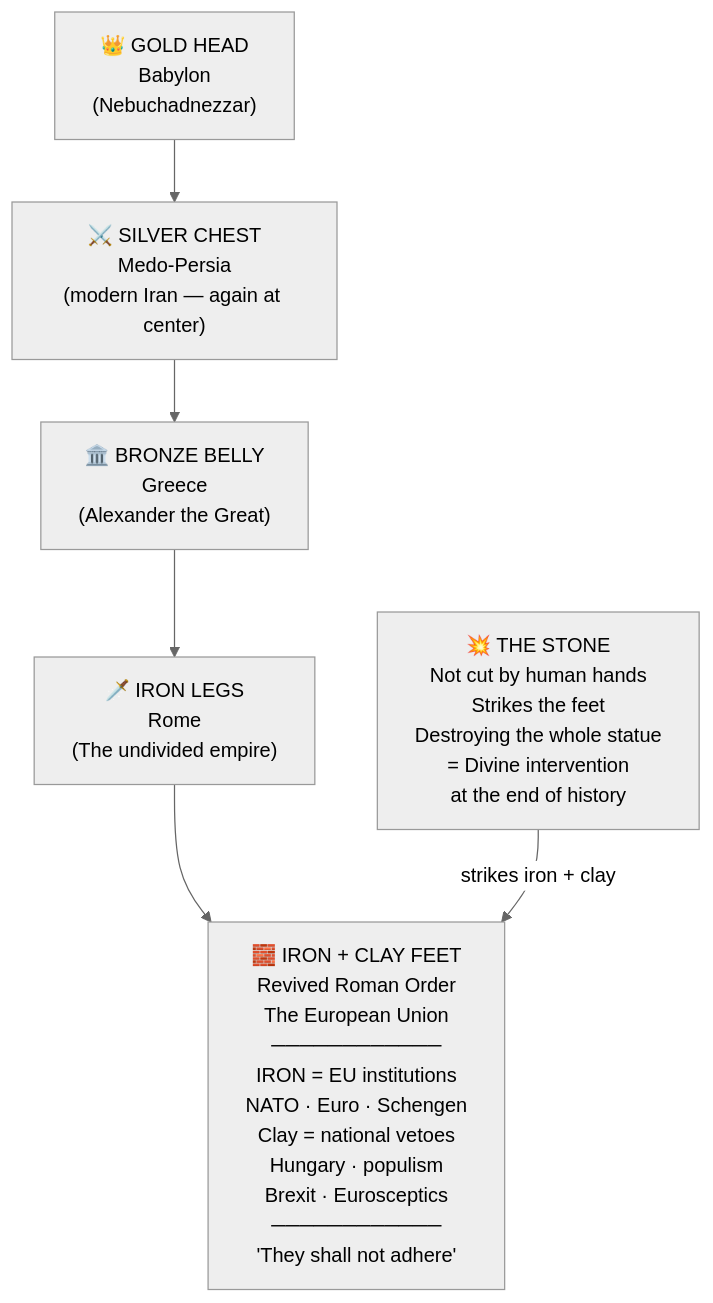
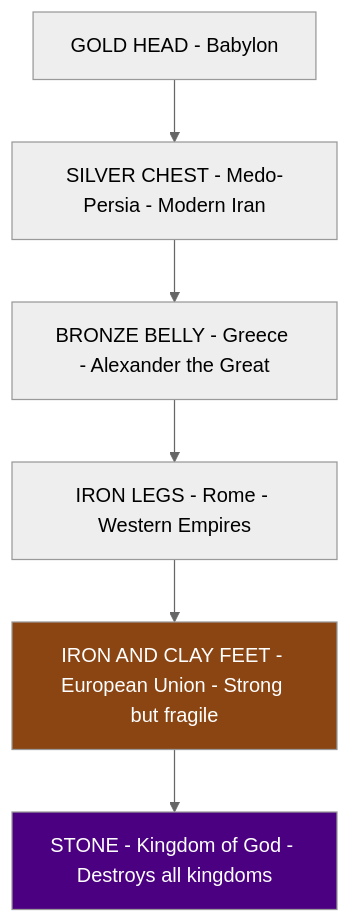
Before and after one commit to 5queezer/war-chronicle: the third of 5 diagrams in content/en/prophecy/index.md, drawn with Mermaid (neutral theme). The commit also changed other lines of this file, not shown here.

Commit message:
fix: all Mermaid diagrams rewritten for v10.9.5 compat (no emojis, no newlines in labels)

```diff
--- a/content/en/prophecy/index.md
+++ b/content/en/prophecy/index.md
@@ -103,12 +79,10 @@
 <div class="mermaid">
 flowchart TD
-    HEAD["👑 GOLD HEAD\nBabylon\n(Nebuchadnezzar)"]
-    CHEST["⚔️ SILVER CHEST\nMedo-Persia\n(modern Iran — again at center)"]
-    BELLY["🏛️ BRONZE BELLY\nGreece\n(Alexander the Great)"]
-    LEGS["🗡️ IRON LEGS\nRome\n(The undivided empire)"]
-    FEET["🧱 IRON + CLAY FEET\nRevived Roman Order\nThe European Union\n────────────\nIRON = EU institutions\nNATO · Euro · Schengen\nClay = national vetoes\nHungary · populism\nBrexit · Eurosceptics\n────────────\n'They shall not adhere'"]
-    STONE["💥 THE STONE\nNot cut by human hands\nStrikes the feet\nDestroying the whole statue\n= Divine intervention\nat the end of history"]
-
-    HEAD --> CHEST --> BELLY --> LEGS --> FEET
-    STONE -->|"strikes iron + clay"| FEET
+    HEAD["GOLD HEAD - Babylon"] --> CHEST["SILVER CHEST - Medo-Persia - Modern Iran"]
+    CHEST --> BELLY["BRONZE BELLY - Greece - Alexander the Great"]
+    BELLY --> LEGS["IRON LEGS - Rome - Western Empires"]
+    LEGS --> FEET["IRON AND CLAY FEET - European Union - Strong but fragile"]
+    FEET --> STONE["STONE - Kingdom of God - Destroys all kingdoms"]
+    style FEET fill:#8B4513,color:#fff
+    style STONE fill:#4B0082,color:#fff
 </div>
```
